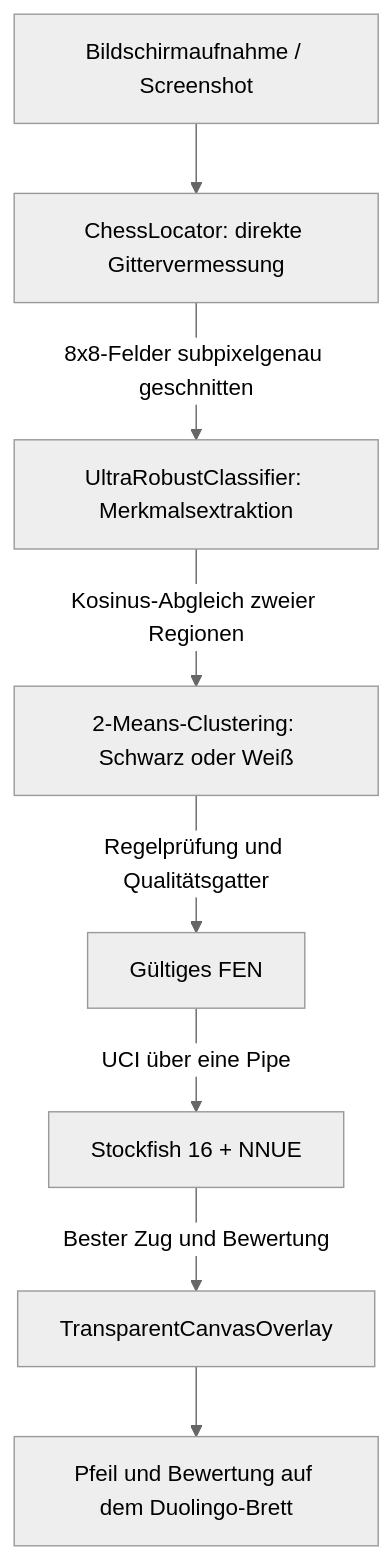
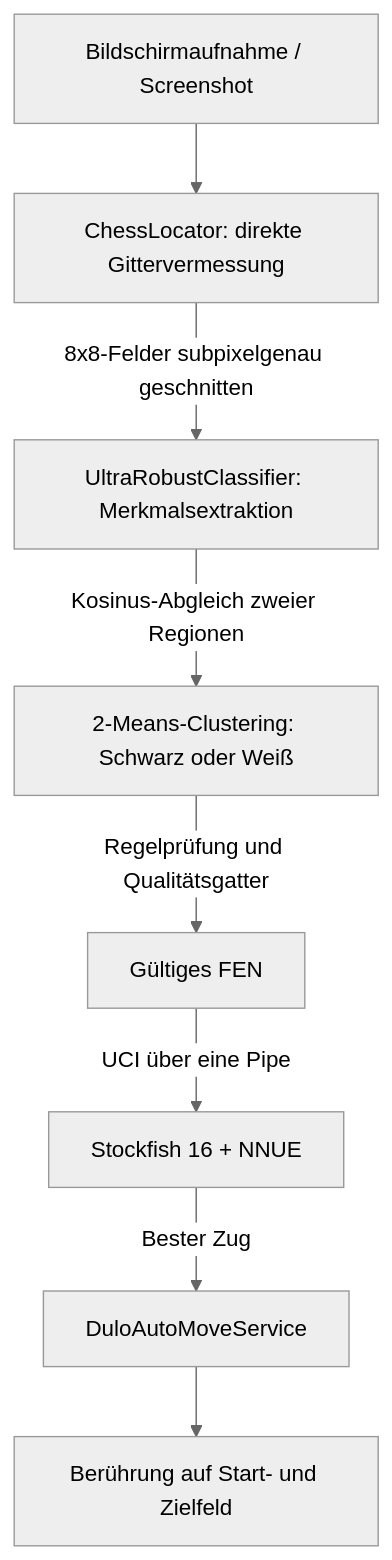
Before and after one commit to Styres/Forkignore: the diagram in README.md, drawn with Mermaid (neutral theme). The commit also changed other lines of this file and 5 other files, not shown here.

````diff
--- a/README.md
+++ b/README.md
@@ -139,10 +138,10 @@
 ```mermaid
 flowchart TD
     A[Bildschirmaufnahme / Screenshot] --> B[ChessLocator: direkte Gittervermessung]
     B -->|8x8-Felder subpixelgenau geschnitten| C[UltraRobustClassifier: Merkmalsextraktion]
     C -->|Kosinus-Abgleich zweier Regionen| D[2-Means-Clustering: Schwarz oder Weiß]
     D -->|Regelprüfung und Qualitätsgatter| E[Gültiges FEN]
     E -->|UCI über eine Pipe| F[Stockfish 16 + NNUE]
-    F -->|Bester Zug und Bewertung| G[TransparentCanvasOverlay]
-    G --> H[Pfeil und Bewertung auf dem Duolingo-Brett]
+    F -->|Bester Zug| G[DuloAutoMoveService]
+    G --> H[Berührung auf Start- und Zielfeld]
 ```
````
